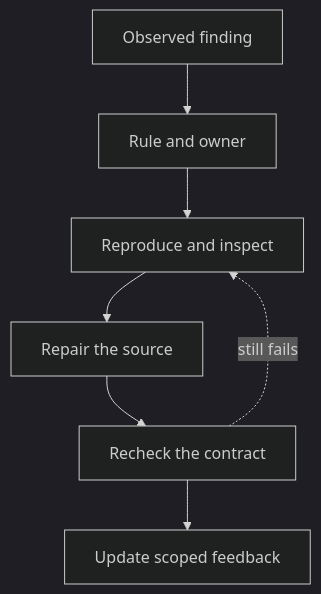
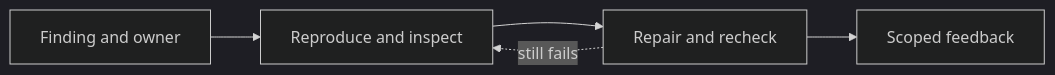
The diagram in docs/governance/Failure_Diagnostics.md (crististefanita/ATF_AI), drawn with Mermaid (dark theme) before and after one commit. The commit also changed other lines of this file and 111 other files, not shown here.

````diff
--- a/docs/governance/Failure_Diagnostics.md
+++ b/docs/governance/Failure_Diagnostics.md
@@ -16,9 +16,7 @@
 ```mermaid
-flowchart TB
-    Finding["Observed finding"] --> Owner["Rule and owner"]
-    Owner --> Cause["Reproduce and inspect"]
-    Cause --> Repair["Repair the source"]
-    Repair --> Recheck["Recheck the contract"]
-    Recheck --> Feedback["Update scoped feedback"]
-    Recheck -. still fails .-> Cause
+flowchart LR
+    Finding["Finding and owner"] --> Cause["Reproduce and inspect"]
+    Cause --> Repair["Repair and recheck"]
+    Repair --> Feedback["Scoped feedback"]
+    Repair -. still fails .-> Cause
 ```
````
